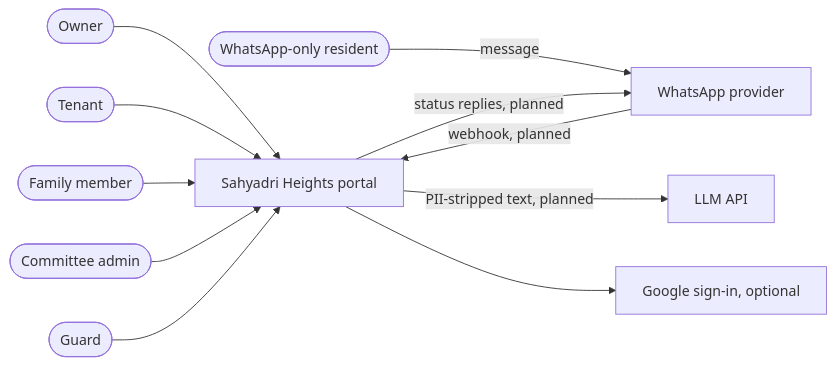
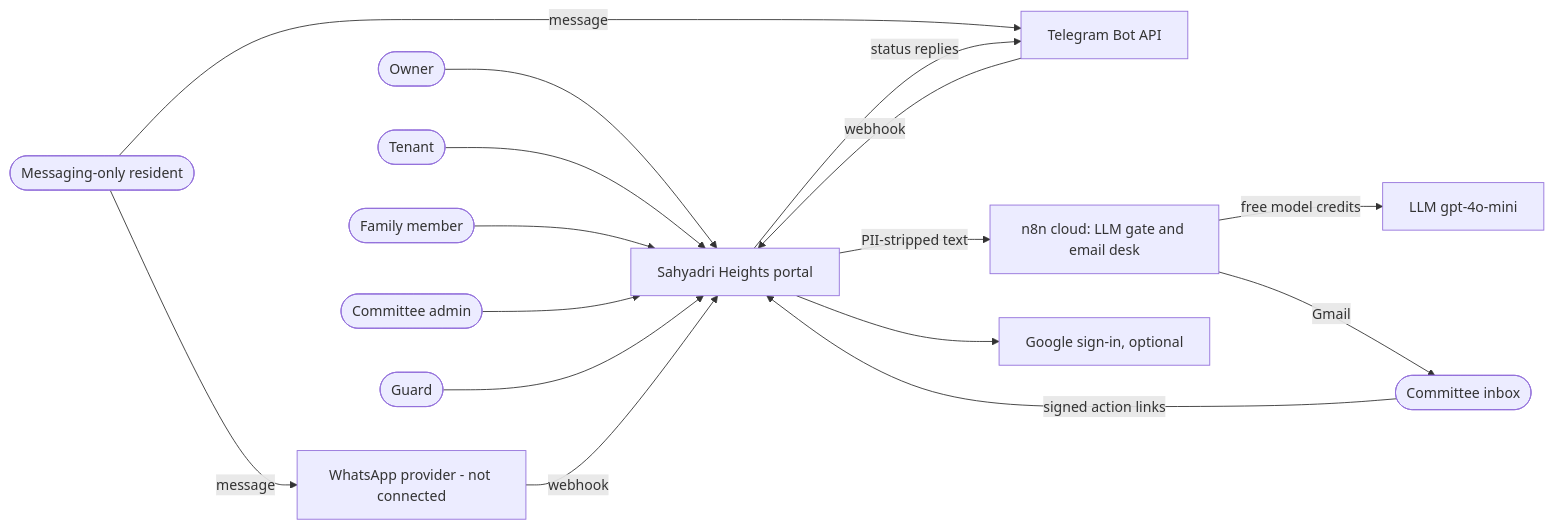
One commit to beerus-Ai/housing-portal changed the first of 6 diagrams in docs/architecture/architecture.md. Above: the diagram before and after it, drawn with Mermaid. The commit also changed other lines of this file and 17 other files, not shown here.

First line of the commit message:
docs: bring all documentation up to date (Telegram, n8n LLM gate, email desk with stage approvals)

````diff
--- a/docs/architecture/architecture.md
+++ b/docs/architecture/architecture.md
@@ -6,13 +6,18 @@
 ```mermaid
 flowchart LR
   owner([Owner]) --> portal
   tenant([Tenant]) --> portal
   family([Family member]) --> portal
   committee([Committee admin]) --> portal
   guard([Guard]) --> portal
-  waRes([WhatsApp-only resident]) -->|message| wa[WhatsApp provider]
-  wa -->|webhook, planned| portal[Sahyadri Heights portal]
-  portal -->|status replies, planned| wa
-  portal -->|PII-stripped text, planned| llm[LLM API]
+  msgRes([Messaging-only resident]) -->|message| tg[Telegram Bot API]
+  msgRes -->|message| wa[WhatsApp provider - not connected]
+  tg -->|webhook| portal[Sahyadri Heights portal]
+  wa -->|webhook| portal
+  portal -->|status replies| tg
+  portal -->|PII-stripped text| n8n[n8n cloud: LLM gate and email desk]
+  n8n -->|free model credits| llm[LLM gpt-4o-mini]
+  n8n -->|Gmail| inbox([Committee inbox])
+  inbox -->|signed action links| portal
   portal --> google[Google sign-in, optional]
 ```
````
